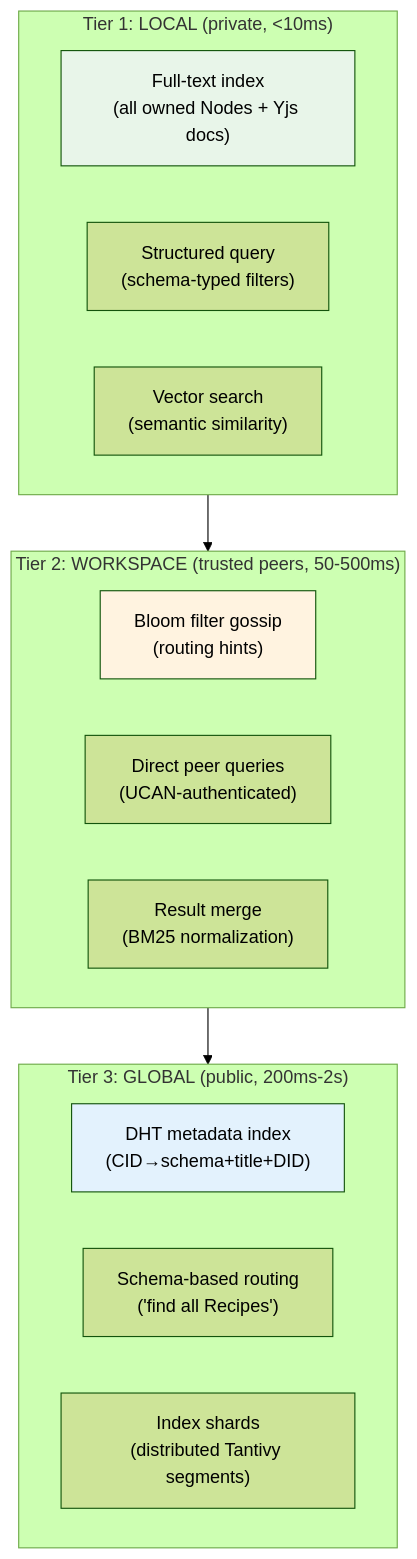
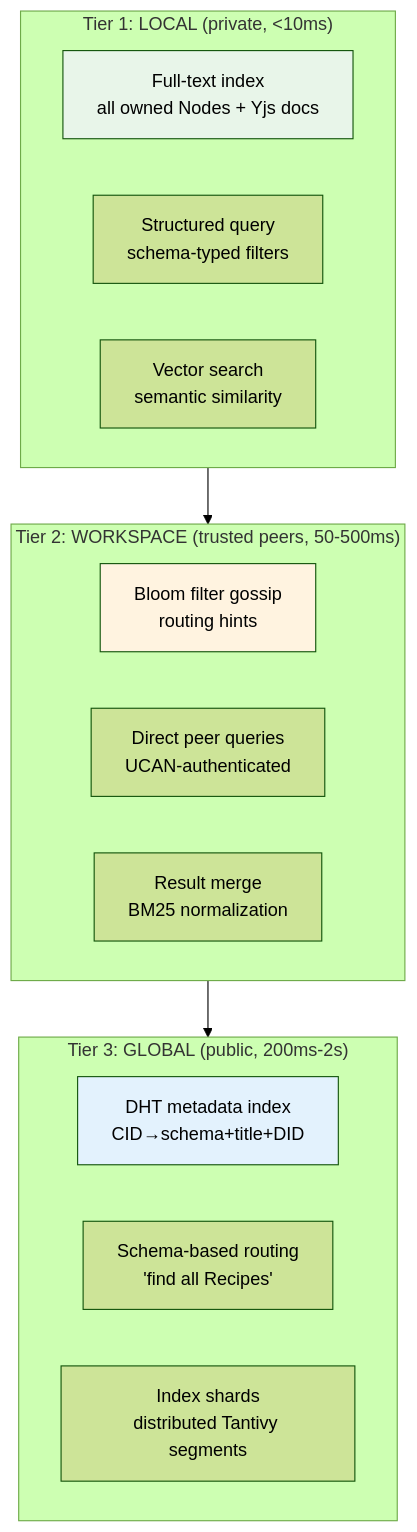
The second of 8 diagrams in docs/explorations/DECENTRALIZED_SEARCH.md (crs48/xNet), drawn with Mermaid (forest theme) before and after one commit. The commit also changed other lines of this file and 21 other files, not shown here.

First line of the commit message:
Fix Mermaid parse errors: remove parentheses in flowchart node labels after <br/> tags

````diff
--- a/docs/explorations/DECENTRALIZED_SEARCH.md
+++ b/docs/explorations/DECENTRALIZED_SEARCH.md
@@ -99,30 +99,30 @@
 ```mermaid
 graph TB
     subgraph "Tier 1: LOCAL (private, <10ms)"
         direction LR
-        L1["Full-text index<br/>(all owned Nodes + Yjs docs)"]
-        L2["Structured query<br/>(schema-typed filters)"]
-        L3["Vector search<br/>(semantic similarity)"]
+        L1["Full-text index<br/>all owned Nodes + Yjs docs"]
+        L2["Structured query<br/>schema-typed filters"]
+        L3["Vector search<br/>semantic similarity"]
     end
 
     subgraph "Tier 2: WORKSPACE (trusted peers, 50-500ms)"
         direction LR
-        W1["Bloom filter gossip<br/>(routing hints)"]
-        W2["Direct peer queries<br/>(UCAN-authenticated)"]
-        W3["Result merge<br/>(BM25 normalization)"]
+        W1["Bloom filter gossip<br/>routing hints"]
+        W2["Direct peer queries<br/>UCAN-authenticated"]
+        W3["Result merge<br/>BM25 normalization"]
     end
 
     subgraph "Tier 3: GLOBAL (public, 200ms-2s)"
         direction LR
-        G1["DHT metadata index<br/>(CID→schema+title+DID)"]
-        G2["Schema-based routing<br/>('find all Recipes')"]
-        G3["Index shards<br/>(distributed Tantivy segments)"]
+        G1["DHT metadata index<br/>CID→schema+title+DID"]
+        G2["Schema-based routing<br/>'find all Recipes'"]
+        G3["Index shards<br/>distributed Tantivy segments"]
     end
 
     L1 --> W1
     W2 --> G1
 
     style L1 fill:#e8f5e9
     style W1 fill:#fff3e0
     style G1 fill:#e3f2fd
 ```
````
